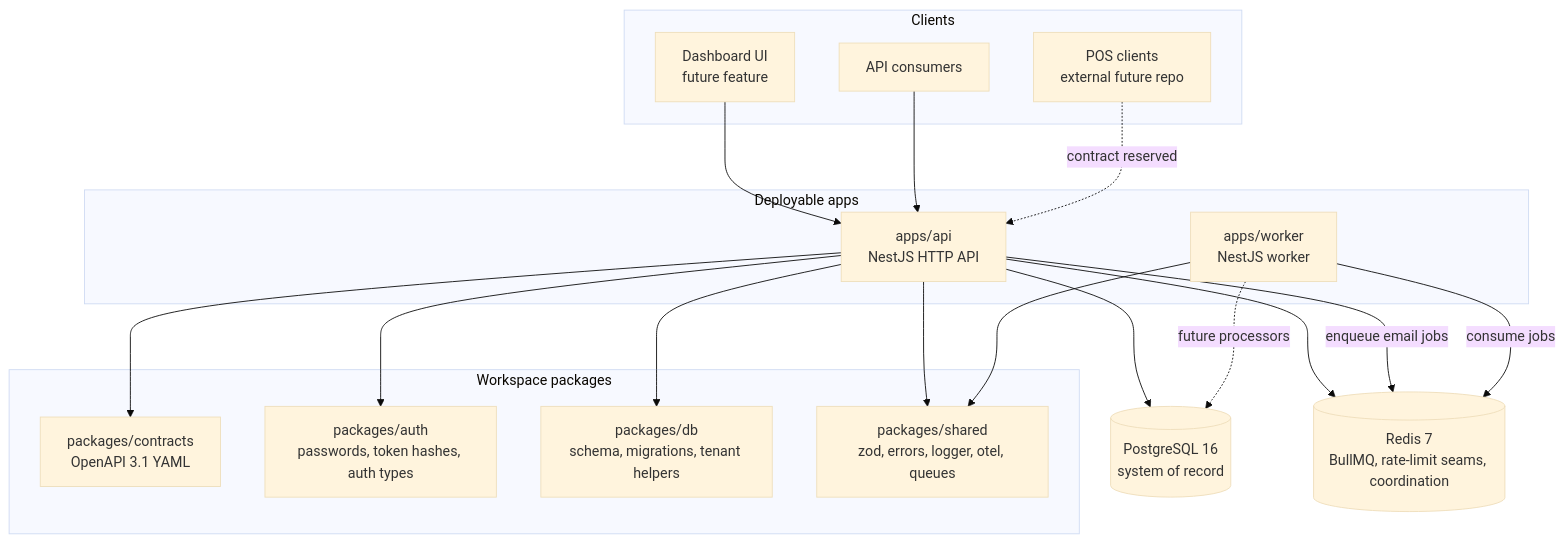
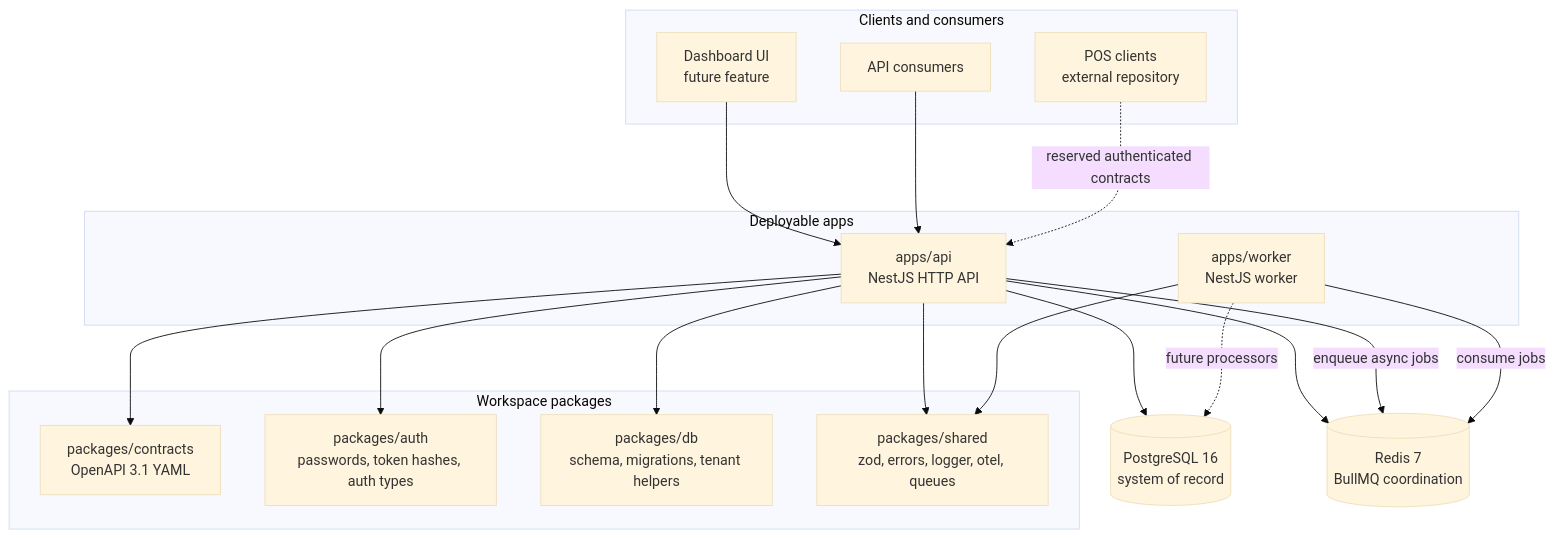
The first of 5 diagrams in services/backend-core/docs/ARCHITECTURE.md (Kemetra-Labs/Retail-Tower-Erp), drawn with Mermaid (base theme) before and after one commit. The commit also changed other lines of this file and 17 other files, not shown here.

````diff
--- a/services/backend-core/docs/ARCHITECTURE.md
+++ b/services/backend-core/docs/ARCHITECTURE.md
@@ -12,39 +25,39 @@
 ```mermaid
 flowchart TB
-  subgraph clients["Clients"]
+  subgraph clients["Clients and consumers"]
     dashboard["Dashboard UI<br/>future feature"]
     apiClients["API consumers"]
-    pos["POS clients<br/>external future repo"]
+    pos["POS clients<br/>external repository"]
   end
 
   subgraph apps["Deployable apps"]
     api["apps/api<br/>NestJS HTTP API"]
     worker["apps/worker<br/>NestJS worker"]
   end
 
   subgraph packages["Workspace packages"]
     contracts["packages/contracts<br/>OpenAPI 3.1 YAML"]
     auth["packages/auth<br/>passwords, token hashes, auth types"]
     db["packages/db<br/>schema, migrations, tenant helpers"]
     shared["packages/shared<br/>zod, errors, logger, otel, queues"]
   end
 
   postgres[("PostgreSQL 16<br/>system of record")]
-  redis[("Redis 7<br/>BullMQ, rate-limit seams, coordination")]
+  redis[("Redis 7<br/>BullMQ coordination")]
 
   dashboard --> api
   apiClients --> api
-  pos -. contract reserved .-> api
+  pos -. reserved authenticated contracts .-> api
 
   api --> contracts
   api --> auth
   api --> db
   api --> shared
   api --> postgres
   api --> redis
 
-  api -- enqueue email jobs --> redis
+  api -- enqueue async jobs --> redis
   worker -- consume jobs --> redis
   worker --> shared
   worker -. future processors .-> postgres
 ```
````
